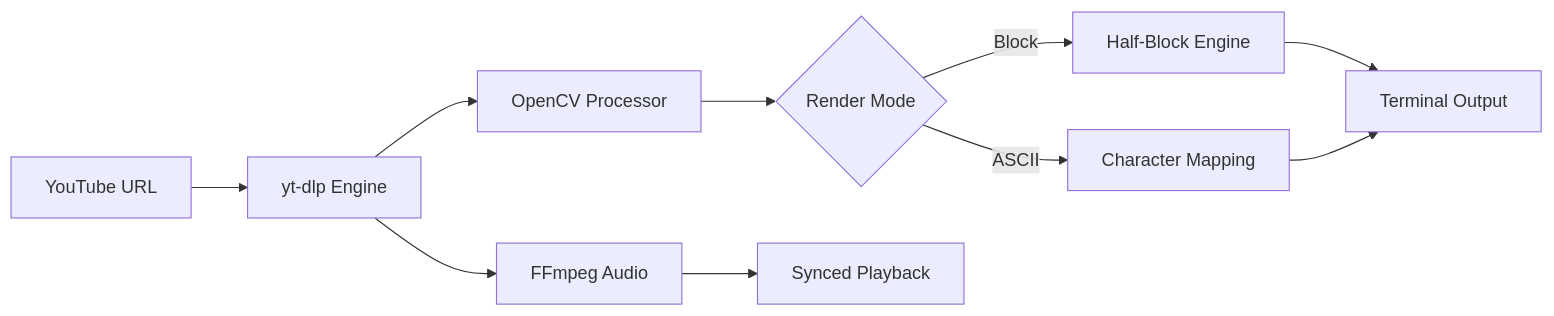
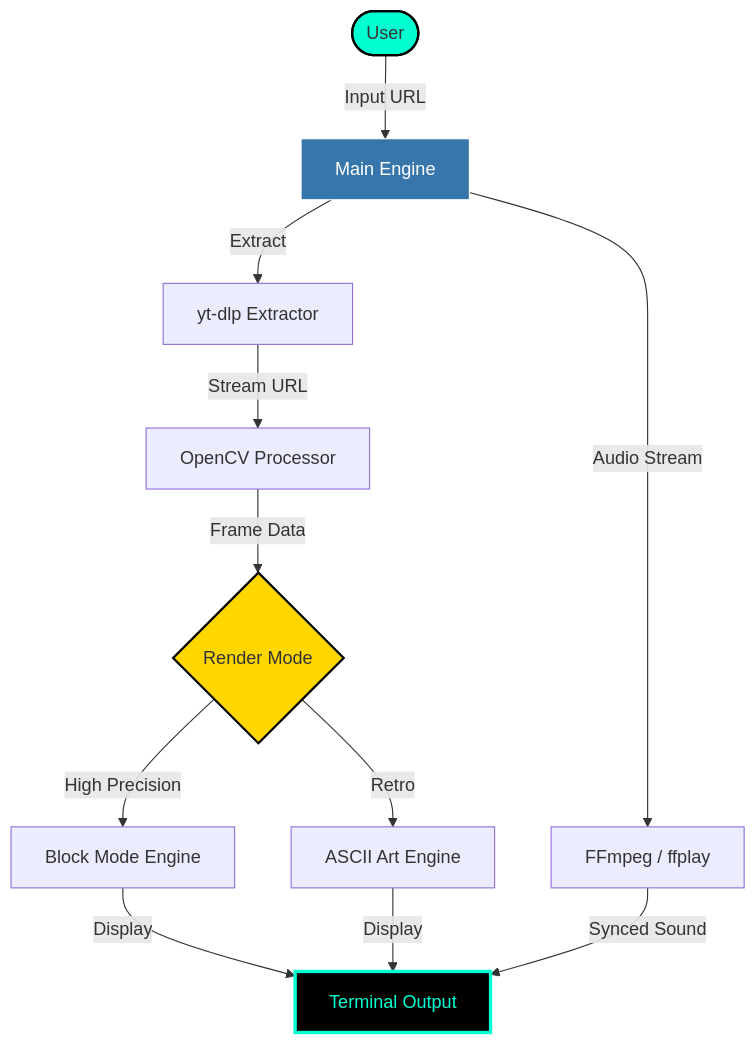
One commit to idusha-manaka/TubeASCII changed the diagram in README.md. Above: the diagram before and after it, drawn with Mermaid. The commit also changed other lines of this file, not shown here.

````diff
--- a/README.md
+++ b/README.md
@@ -25,12 +38,18 @@
 ```mermaid
-graph LR
-    A[YouTube URL] --> B[yt-dlp Engine]
-    B --> C[OpenCV Processor]
-    C --> D{Render Mode}
-    D -->|Block| E[Half-Block Engine]
-    D -->|ASCII| F[Character Mapping]
-    E --> G[Terminal Output]
-    F --> G
-    B --> H[FFmpeg Audio]
-    H --> I[Synced Playback]
+graph TD
+    User([User]) -->|Input URL| Main[Main Engine]
+    Main -->|Extract| YTDL[yt-dlp Extractor]
+    YTDL -->|Stream URL| CV2[OpenCV Processor]
+    CV2 -->|Frame Data| Mode{Render Mode}
+    Mode -->|High Precision| Block[Block Mode Engine]
+    Mode -->|Retro| ASCII[ASCII Art Engine]
+    Block -->|Display| Term[Terminal Output]
+    ASCII -->|Display| Term
+    Main -->|Audio Stream| FF[FFmpeg / ffplay]
+    FF -->|Synced Sound| Term
+    
+    style User fill:#00FFD1,stroke:#000,stroke-width:2px
+    style Main fill:#3776AB,stroke:#fff,stroke-width:1px,color:#fff
+    style Mode fill:#FFD700,stroke:#000,stroke-width:2px
+    style Term fill:#000,stroke:#00FFD1,stroke-width:3px,color:#00FFD1
 ```
````
